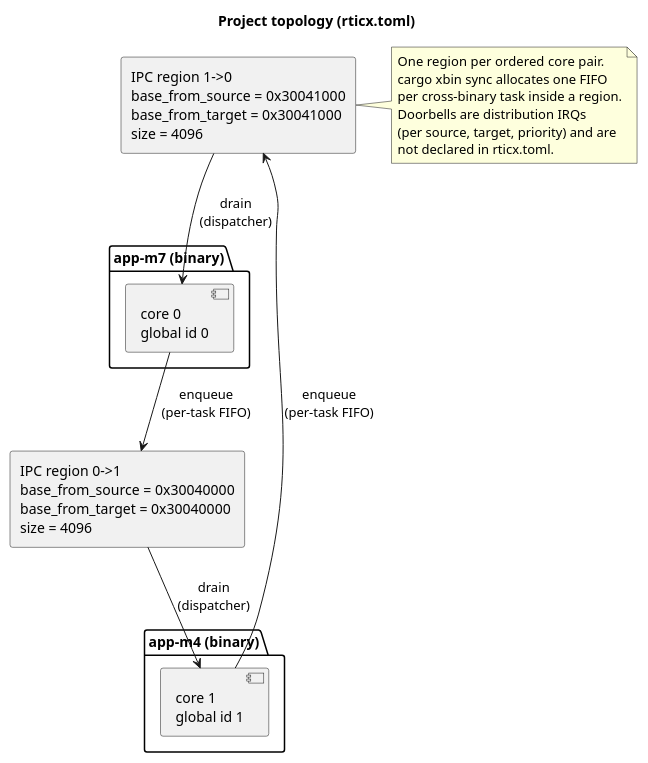
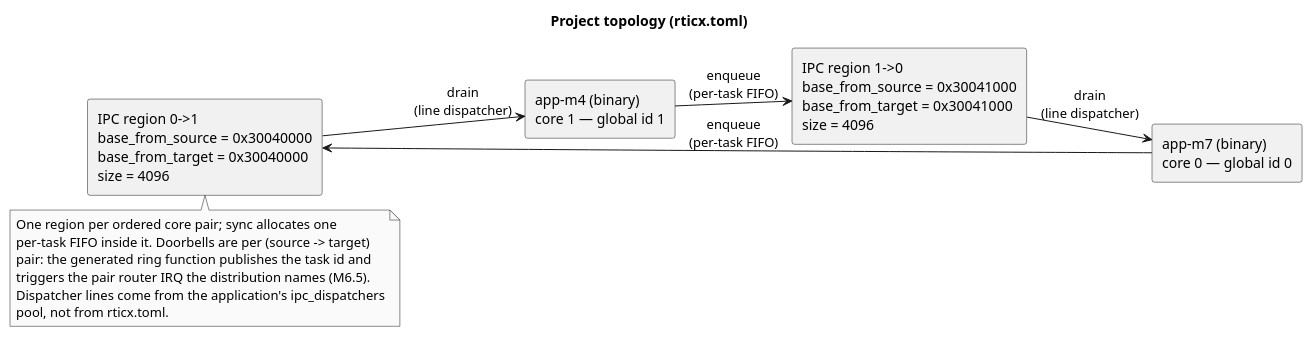
Before and after one commit to rticx-rs/rticx: the diagram in experiments/multibinary/docs/diagrams/01-project-topology.puml, drawn with PlantUML. The commit also changed 42 other files, not shown here.

```diff
--- a/experiments/multibinary/docs/diagrams/01-project-topology.puml
+++ b/experiments/multibinary/docs/diagrams/01-project-topology.puml
@@ -1,35 +1,34 @@
 @startuml 01-project-topology
 ' Diagram 1 — Project topology: two binaries, global core ids, IPC regions.
 ' Source of truth: rticx.toml (see docs/user-guide.md §3).
 ' Render: plantuml -tsvg 01-project-topology.puml
 
 title Project topology (rticx.toml)
 
+skinparam shadowing false
+skinparam monochrome true
+skinparam defaultFontName monospace
+skinparam nodesep 15
+skinparam ranksep 25
+left to right direction
 
+rectangle "app-m7 (binary)\ncore 0 — global id 0" as m7
+rectangle "IPC region 0->1\nbase_from_source = 0x30040000\nbase_from_target = 0x30040000\nsize = 4096" as r01
+rectangle "app-m4 (binary)\ncore 1 — global id 1" as m4
+rectangle "IPC region 1->0\nbase_from_source = 0x30041000\nbase_from_target = 0x30041000\nsize = 4096" as r10
 
-package "app-m7 (binary)" as app_m7 {
-  component "core 0\nglobal id 0" as core0
-}
+m7 --> r01 : "enqueue\n(per-task FIFO)"
+r01 --> m4 : "drain\n(line dispatcher)"
+m4 --> r10 : "enqueue\n(per-task FIFO)"
+r10 --> m7 : "drain\n(line dispatcher)"
 
-package "app-m4 (binary)" as app_m4 {
-  component "core 1\nglobal id 1" as core1
-}
-
-rectangle "IPC region 0->1\nbase_from_source = 0x30040000\nbase_from_target = 0x30040000\nsize = 4096" as region01
-rectangle "IPC region 1->0\nbase_from_source = 0x30041000\nbase_from_target = 0x30041000\nsize = 4096" as region10
-
-core0 --> region01 : "enqueue\n(per-task FIFO)"
-region01 --> core1 : "drain\n(dispatcher)"
-core1 --> region10 : "enqueue\n(per-task FIFO)"
-region10 --> core0 : "drain\n(dispatcher)"
-
-note right of region10
-  One region per ordered core pair.
-  cargo xbin sync allocates one FIFO
-  per cross-binary task inside a region.
-  Doorbells are distribution IRQs
-  (per source, target, priority) and are
-  not declared in rticx.toml.
+note bottom of r01
+  One region per ordered core pair; sync allocates one
+  per-task FIFO inside it. Doorbells are per (source -> target)
+  pair: the generated ring function publishes the task id and
+  triggers the pair router IRQ the distribution names (M6.5).
+  Dispatcher lines come from the application's ipc_dispatchers
+  pool, not from rticx.toml.
 end note
 
 @enduml
```
